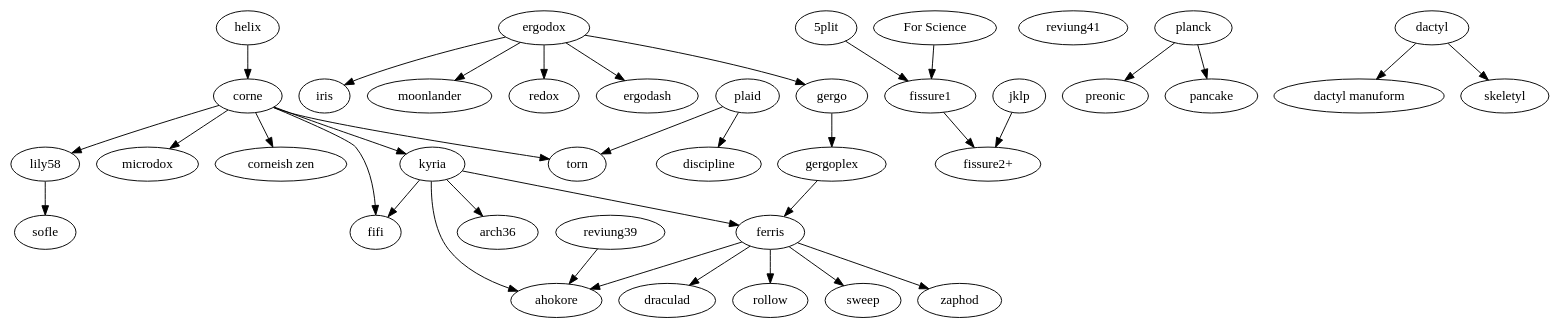
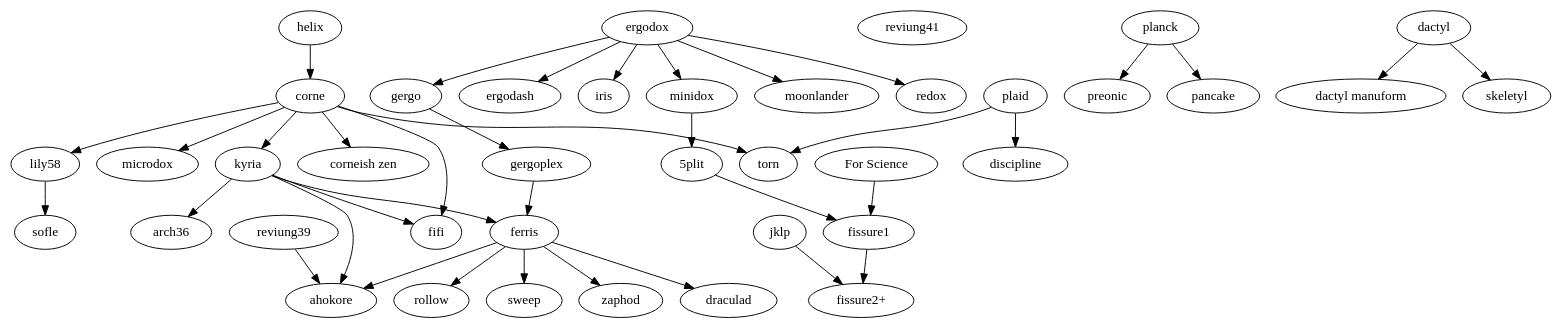
The diagram in tree.gv (petejohanson/mk-family-tree), drawn with Graphviz before and after one commit.

Commit message:
Add minidox.

```diff
--- a/tree.gv
+++ b/tree.gv
@@ -1,72 +1,77 @@
 digraph T {
   subgraph splits {
     helix -> corne;
 
     corne -> {
       "corneish zen",
       fifi,
       kyria,
       lily58,
       microdox,
       torn
     };
 
     lily58 -> sofle;
 
     kyria -> {
         ahokore,
         arch36,
         ferris,
         fifi
     };
 
     ergodox -> {
       ergodash,
       gergo,
       iris,
+      minidox,
       moonlander,
       redox
     };
 
     gergo -> gergoplex;
     gergoplex -> ferris;
 
     ferris -> {
       ahokore,
       draculad,
       rollow,
       sweep,
       zaphod
     };
+
+    minidox -> {
+      "5plit"
+    }
 
     "5plit" -> "fissure1";
     "For Science" -> "fissure1";
     fissure1 -> "fissure2+";
     jklp -> "fissure2+";
   }
 
   subgraph unibody {
     reviung39 -> {
       ahokore
     };
     reviung41
   };
 
   subgraph ortholinear {
     plaid -> {
       discipline,
       torn
     };
     planck -> {
       preonic,
       pancake
     };
   }
 
   subgraph {
     dactyl -> {
       "dactyl manuform",
       skeletyl
     }
   }
 }
```
